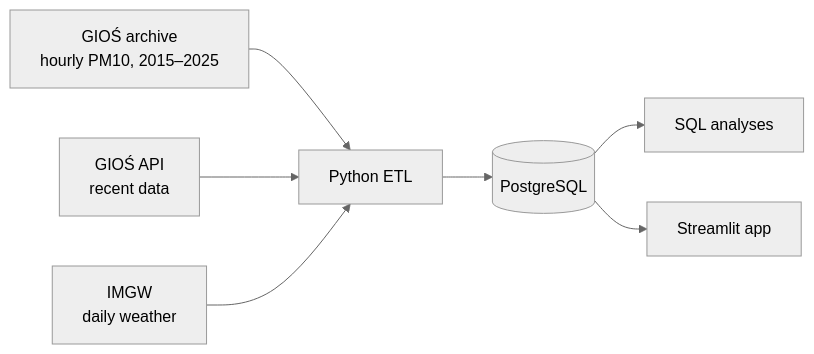
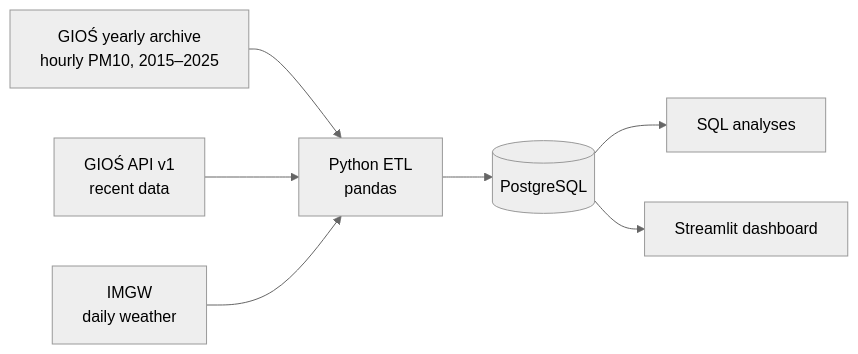
Before and after one commit to KardaszS/poland-air-quality: the diagram in README.md, drawn with Mermaid (neutral theme). The commit also changed other lines of this file, not shown here.

````diff
--- a/README.md
+++ b/README.md
@@ -13,9 +21,9 @@
 ```mermaid
 flowchart LR
-    A[GIOŚ archive<br/>hourly PM10, 2015–2025] --> P[Python ETL]
-    B[GIOŚ API<br/>recent data] --> P
+    A[GIOŚ yearly archive<br/>hourly PM10, 2015–2025] --> P[Python ETL<br/>pandas]
+    B[GIOŚ API v1<br/>recent data] --> P
     C[IMGW<br/>daily weather] --> P
     P --> D[(PostgreSQL)]
     D --> S[SQL analyses]
-    D --> E[Streamlit app]
+    D --> E[Streamlit dashboard]
 ```
````
